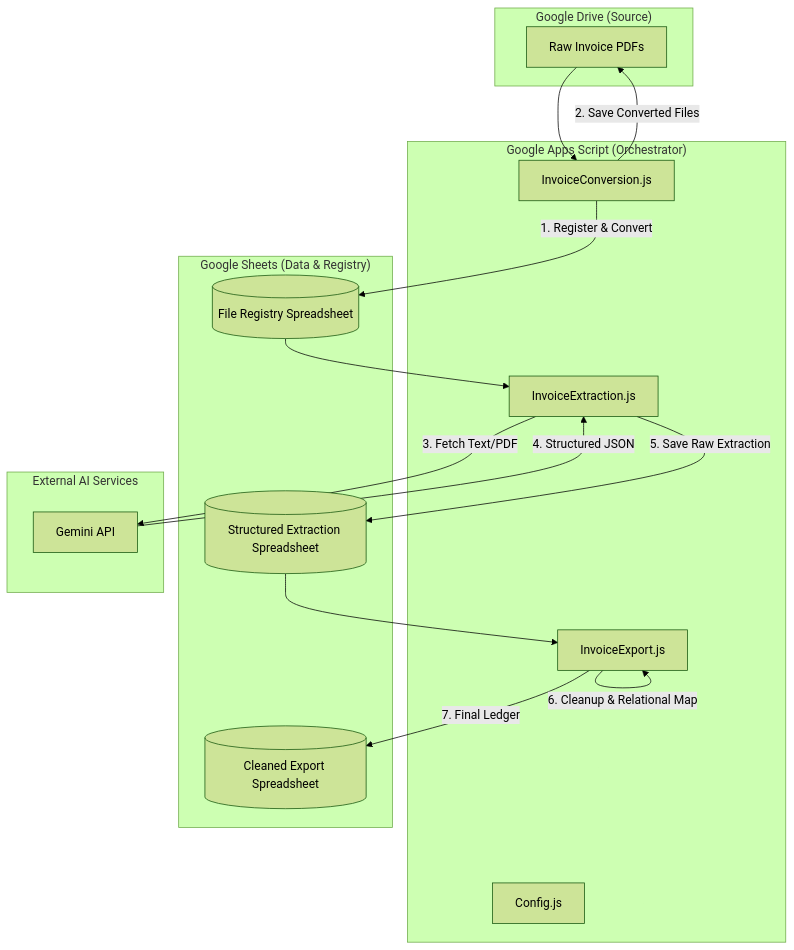
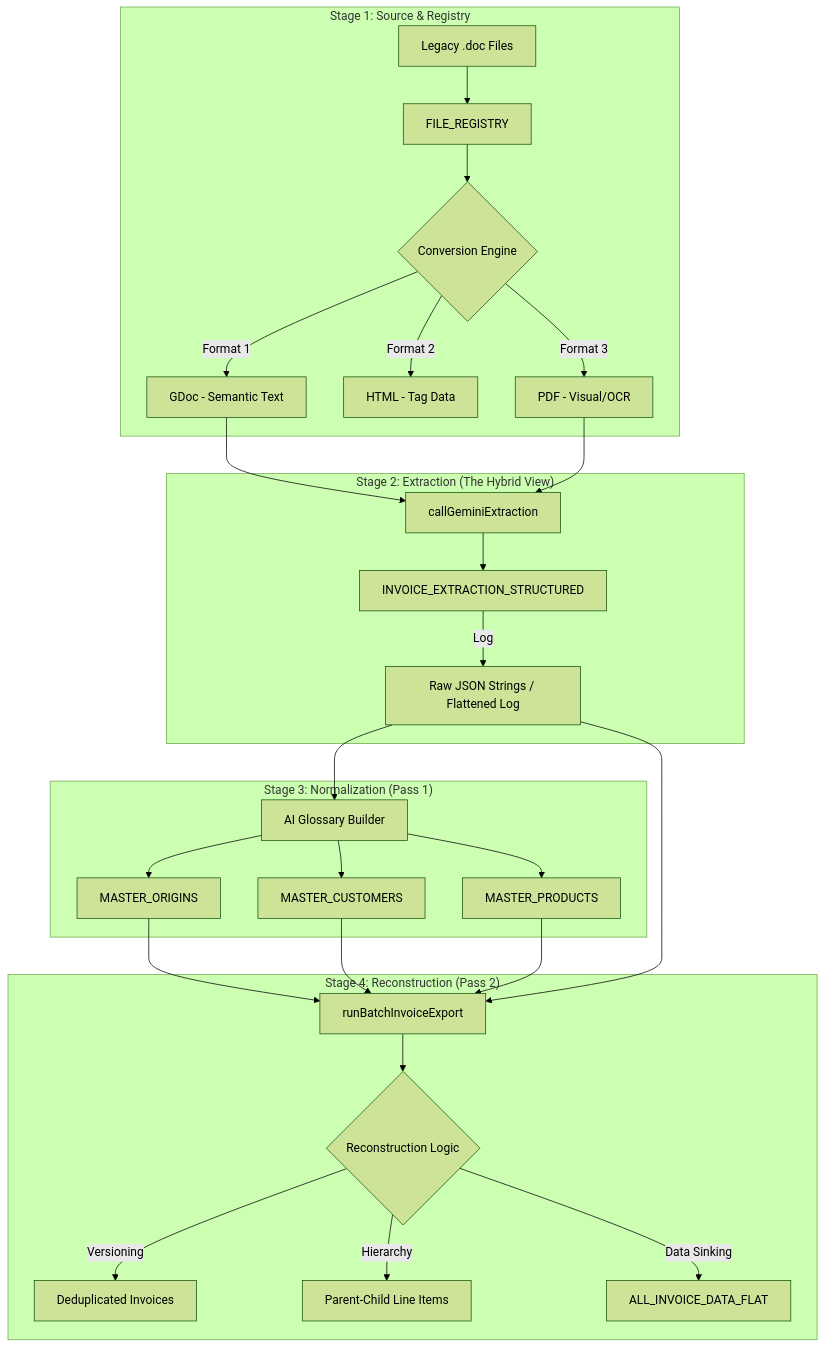
Before and after one commit to vorong/invoice-engine: the diagram in v1/README.md, drawn with Mermaid (forest theme).

Commit message:
Update architecture diagram in README for v1.

````diff
--- a/v1/README.md
+++ b/v1/README.md
@@ -7,37 +7,31 @@
 ```mermaid
 graph TD
-    subgraph "Google Drive (Source)"
-        RawPDFs[Raw Invoice PDFs]
+    subgraph "Stage 1: Source & Registry"
+        A[Legacy .doc Files] --> B[FILE_REGISTRY]
+        B --> C{Conversion Engine}
+        C -->|Format 1| D[GDoc - Semantic Text]
+        C -->|Format 2| E[HTML - Tag Data]
+        C -->|Format 3| F[PDF - Visual/OCR]
     end
 
-    subgraph "Google Apps Script (Orchestrator)"
-        IC[InvoiceConversion.js]
-        IExt[InvoiceExtraction.js]
-        IExp[InvoiceExport.js]
-        Config[Config.js]
+    subgraph "Stage 2: Extraction (The Hybrid View)"
+        D & F --> G[callGeminiExtraction]
+        G --> H[INVOICE_EXTRACTION_STRUCTURED]
+        H -->|Log| I[Raw JSON Strings / Flattened Log]
     end
 
-    subgraph "Google Sheets (Data & Registry)"
-        Registry[(File Registry Spreadsheet)]
-        StructuredDB[(Structured Extraction Spreadsheet)]
-        ExportDB[(Cleaned Export Spreadsheet)]
+    subgraph "Stage 3: Normalization (Pass 1)"
+        I --> J[AI Glossary Builder]
+        J --> K1[MASTER_ORIGINS]
+        J --> K2[MASTER_CUSTOMERS]
+        J --> K3[MASTER_PRODUCTS]
     end
 
-    subgraph "External AI Services"
-        Gemini[Gemini API]
+    subgraph "Stage 4: Reconstruction (Pass 2)"
+        K1 & K2 & K3 & I --> L[runBatchInvoiceExport]
+        L --> M{Reconstruction Logic}
+        M -->|Versioning| N1[Deduplicated Invoices]
+        M -->|Hierarchy| N2[Parent-Child Line Items]
+        M -->|Data Sinking| O[ALL_INVOICE_DATA_FLAT]
     end
-
-    %% Workflow
-    RawPDFs --> IC
-    IC -->|1. Register & Convert| Registry
-    IC -->|2. Save Converted Files| RawPDFs
-    
-    Registry --> IExt
-    IExt -->|3. Fetch Text/PDF| Gemini
-    Gemini -->|4. Structured JSON| IExt
-    IExt -->|5. Save Raw Extraction| StructuredDB
-    
-    StructuredDB --> IExp
-    IExp -->|6. Cleanup & Relational Map| IExp
-    IExp -->|7. Final Ledger| ExportDB
 ```
````
